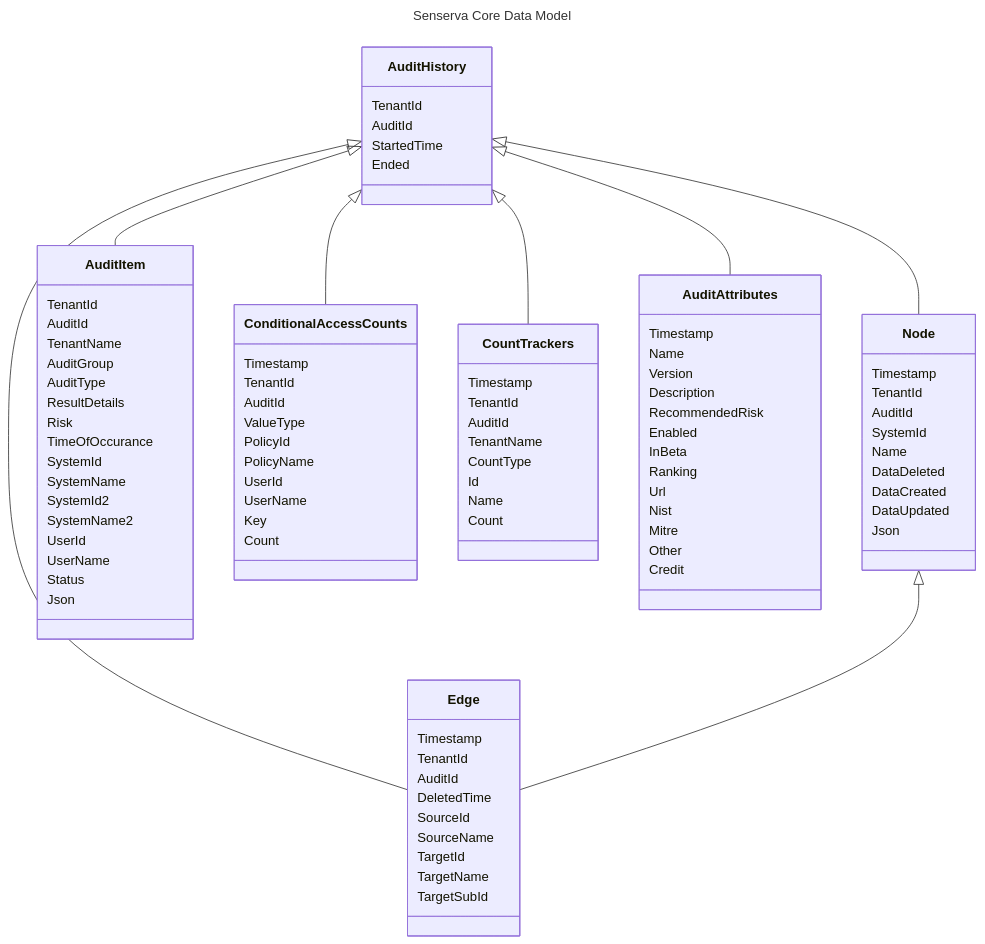
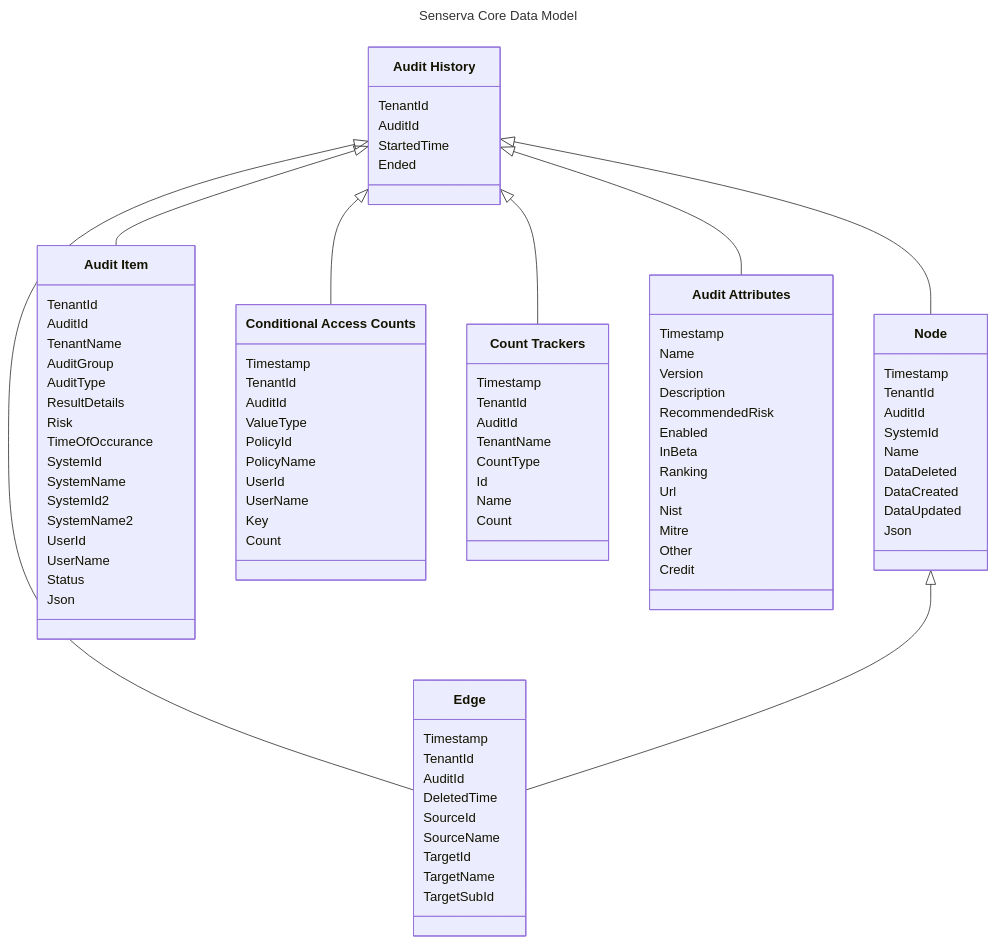
The second of 2 diagrams in README.md (Senserva-LLC/Senserva-Inquisitor), drawn with Mermaid before and after one commit.

```diff
--- a/README.md
+++ b/README.md
@@ -115,7 +115,7 @@
     AuditHistory <|-- AuditAttributes
     Node <|-- Edge
 
-     class AuditHistory {
+     class AuditHistory["Audit History"] {
            TenantId
            AuditId
            StartedTime
@@ -134,7 +134,7 @@
          Json
     }
 
-   class Edge {
+   class Edge { 
          Timestamp
          TenantId
          AuditId
@@ -146,7 +146,7 @@
          TargetSubId
    }
 
-  class AuditItem{
+  class AuditItem["Audit Item"] {
   TenantId
   AuditId
   TenantName
@@ -165,7 +165,7 @@
   Json
  }
 
-    class ConditionalAccessCounts{
+    class ConditionalAccessCounts["Conditional Access Counts"]{
          Timestamp
          TenantId
          AuditId
@@ -178,7 +178,7 @@
          Count
     }
 
-class CountTrackers {
+class CountTrackers["Count Trackers"]{
                         Timestamp 
                         TenantId
                         AuditId
@@ -189,7 +189,7 @@
                         Count
                    }
 
-  class AuditAttributes {
+  class AuditAttributes["Audit Attributes"] {
                         Timestamp
                         Name
                         Version
```
